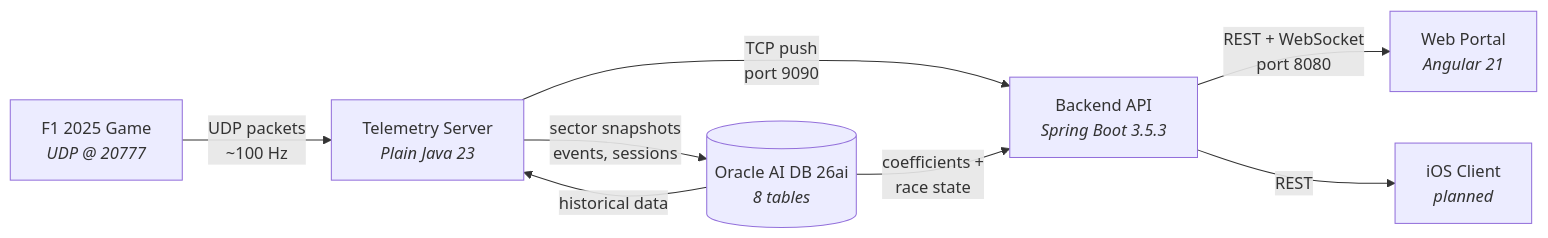
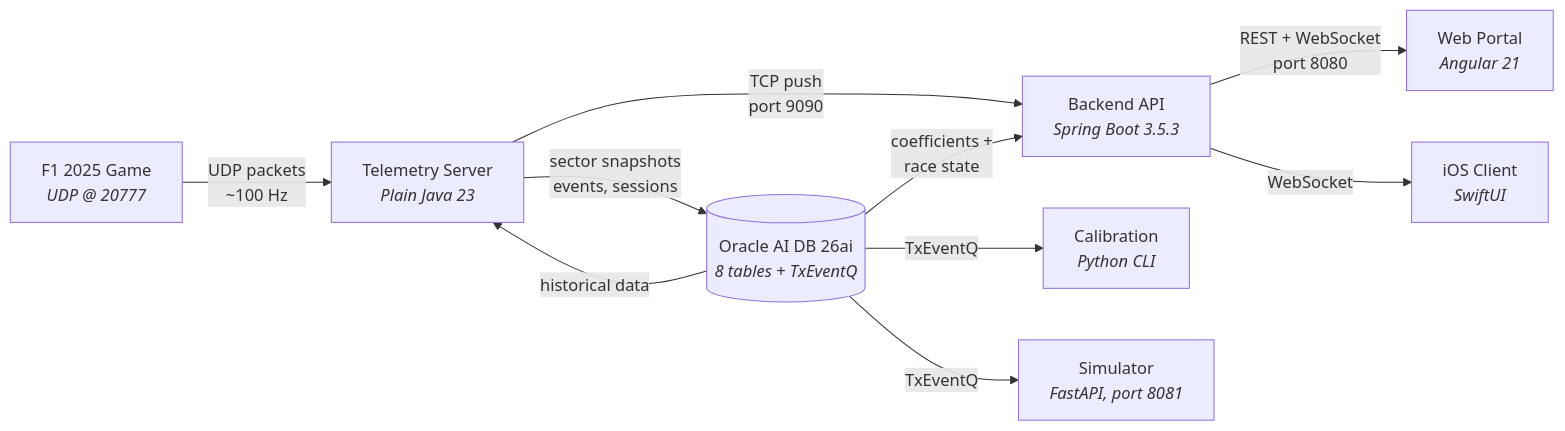
One commit to vmleon/f12025-race-strategy-simulation changed the first of 2 diagrams in README.md. Above: the diagram before and after it, drawn with Mermaid. The commit also changed other lines of this file, not shown here.

Commit message:
docs: update README to reflect current architecture and modules

````diff
--- a/README.md
+++ b/README.md
@@ -7,17 +7,21 @@
 ```mermaid
 graph LR
     Game["F1 2025 Game<br/><i>UDP @ 20777</i>"]
     Ingest["Telemetry Server<br/><i>Plain Java 23</i>"]
-    DB[("Oracle AI DB 26ai<br/><i>8 tables</i>")]
+    DB[("Oracle AI DB 26ai<br/><i>8 tables + TxEventQ</i>")]
     Backend["Backend API<br/><i>Spring Boot 3.5.3</i>"]
+    Calibration["Calibration<br/><i>Python CLI</i>"]
+    Simulator["Simulator<br/><i>FastAPI, port 8081</i>"]
     Portal["Web Portal<br/><i>Angular 21</i>"]
-    Client["iOS Client<br/><i>planned</i>"]
+    Client["iOS Client<br/><i>SwiftUI</i>"]
 
     Game -- "UDP packets<br/>~100 Hz" --> Ingest
     Ingest -- "sector snapshots<br/>events, sessions" --> DB
     Ingest -- "TCP push<br/>port 9090" --> Backend
     DB -- "historical data" --> Ingest
+    DB -- "TxEventQ" --> Calibration
+    DB -- "TxEventQ" --> Simulator
     DB -- "coefficients +<br/>race state" --> Backend
     Backend -- "REST + WebSocket<br/>port 8080" --> Portal
-    Backend -- "REST" --> Client
+    Backend -- "WebSocket" --> Client
 ```
````
